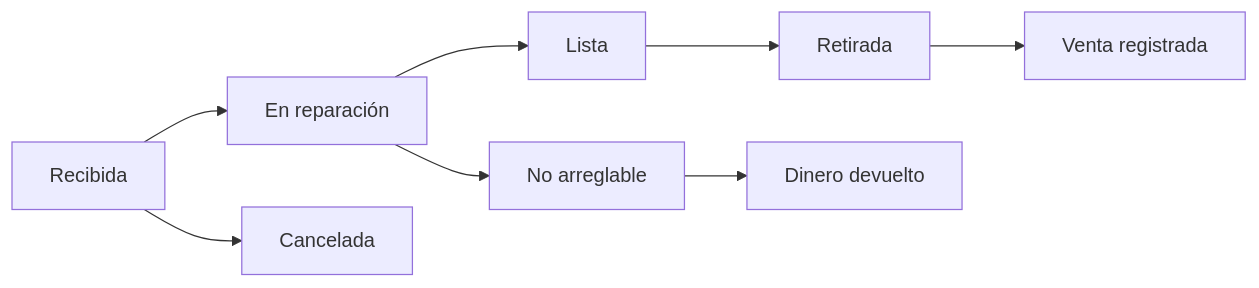
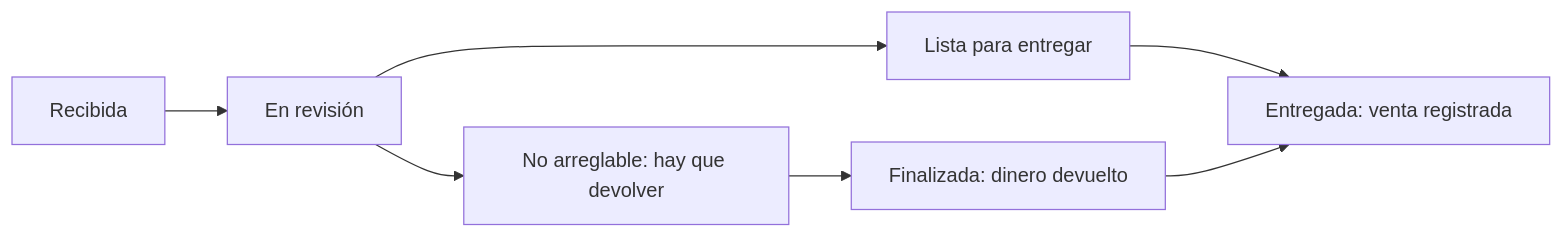
Before and after one commit to Amade0o/gmSolTec: the first of 2 diagrams in CLAUDE/DISEÑO/stack_tecnologico.md, drawn with Mermaid. The commit also changed other lines of this file and 10 other files, not shown here.

````diff
--- a/CLAUDE/DISEÑO/stack_tecnologico.md
+++ b/CLAUDE/DISEÑO/stack_tecnologico.md
@@ -102,10 +94,9 @@
 ```mermaid
 flowchart LR
-  R[Recibida] --> E[En reparación]
-  E --> L[Lista]
-  L --> T[Retirada]
-  T --> F[Venta registrada]
-  E --> NA[No arreglable]
-  NA --> D[Dinero devuelto]
-  R --> C[Cancelada]
+  R[Recibida] --> E[En revisión]
+  E --> L[Lista para entregar]
+  L --> T[Entregada: venta registrada]
+  E --> NA[No arreglable: hay que devolver]
+  NA --> F[Finalizada: dinero devuelto]
+  F --> T
 ```
````
